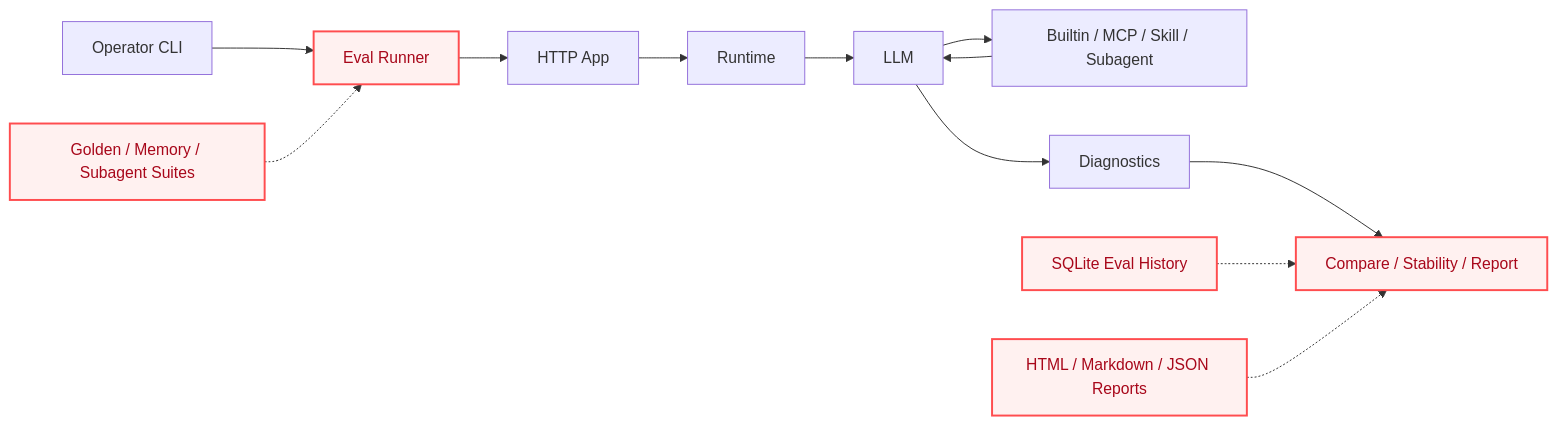
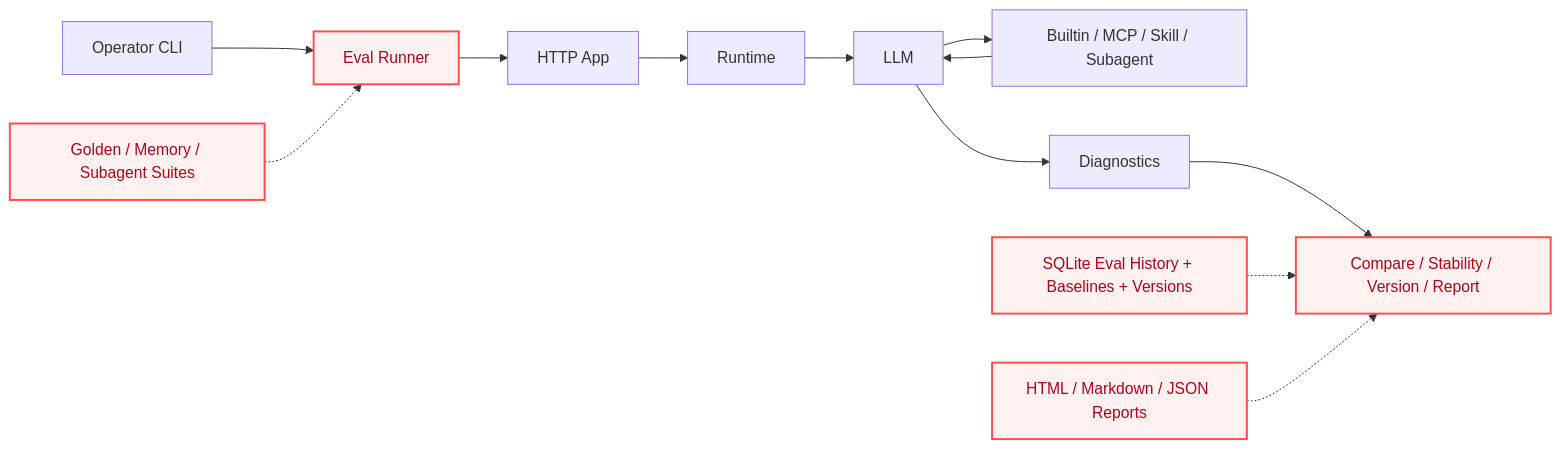
One commit to tiezhuli001/marten-runtime changed diagram 11 of 11 in docs/ARCHITECTURE_EVOLUTION.md. Above: the diagram before and after it, drawn with Mermaid. The commit also changed other lines of this file and 54 other files, not shown here.

````diff
--- a/docs/ARCHITECTURE_EVOLUTION.md
+++ b/docs/ARCHITECTURE_EVOLUTION.md
@@ -659,21 +660,21 @@
 ```mermaid
 flowchart LR
     A["Operator CLI"] --> B["Eval Runner"]
     B --> C["HTTP App"]
     C --> D["Runtime"]
     D --> E["LLM"]
     E --> F["Builtin / MCP / Skill / Subagent"]
     F --> E
     E --> G["Diagnostics"]
-    G --> H["Compare / Stability / Report"]
+    G --> H["Compare / Stability / Version / Report"]
 
     I["Golden / Memory / Subagent Suites"] -.-> B
-    J["SQLite Eval History"] -.-> H
+    J["SQLite Eval History + Baselines + Versions"] -.-> H
     K["HTML / Markdown / JSON Reports"] -.-> H
 
     style B fill:#fff1f0,stroke:#ff4d4f,stroke-width:2px,color:#a8071a
     style H fill:#fff1f0,stroke:#ff4d4f,stroke-width:2px,color:#a8071a
     style I fill:#fff1f0,stroke:#ff4d4f,stroke-width:2px,color:#a8071a
     style J fill:#fff1f0,stroke:#ff4d4f,stroke-width:2px,color:#a8071a
     style K fill:#fff1f0,stroke:#ff4d4f,stroke-width:2px,color:#a8071a
 ```
````
